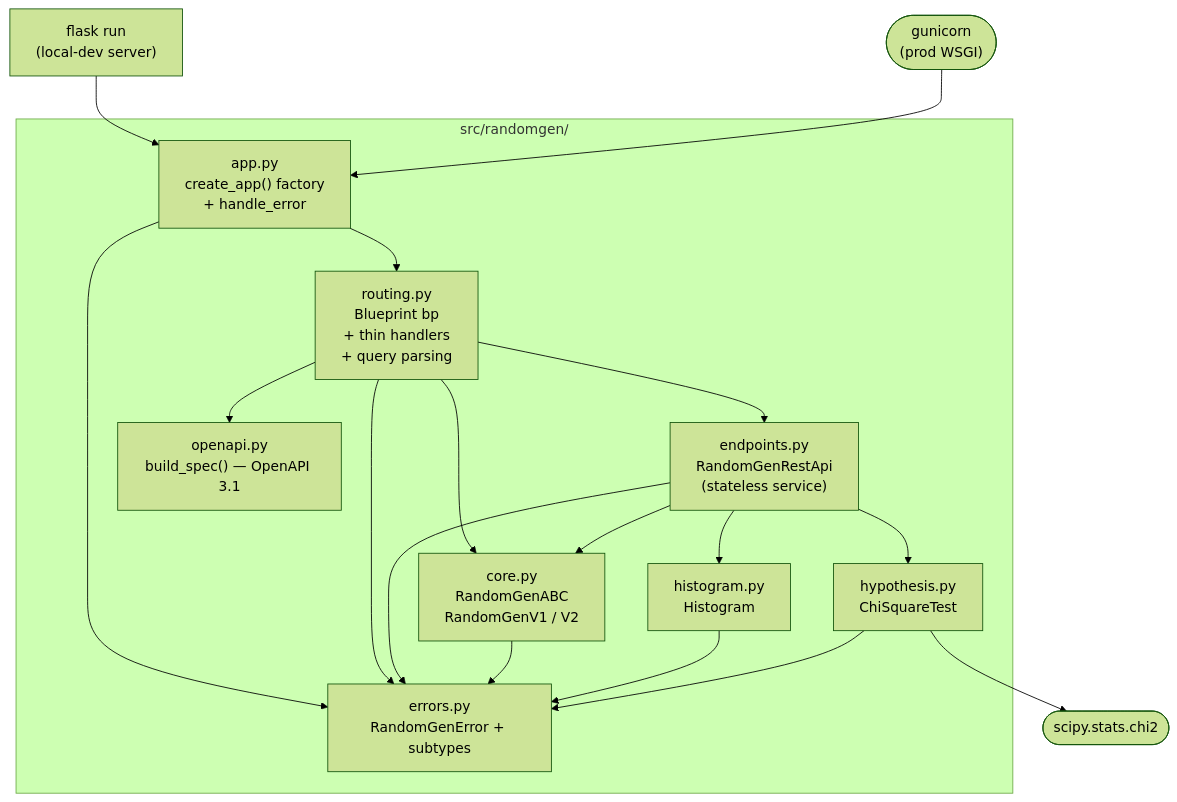
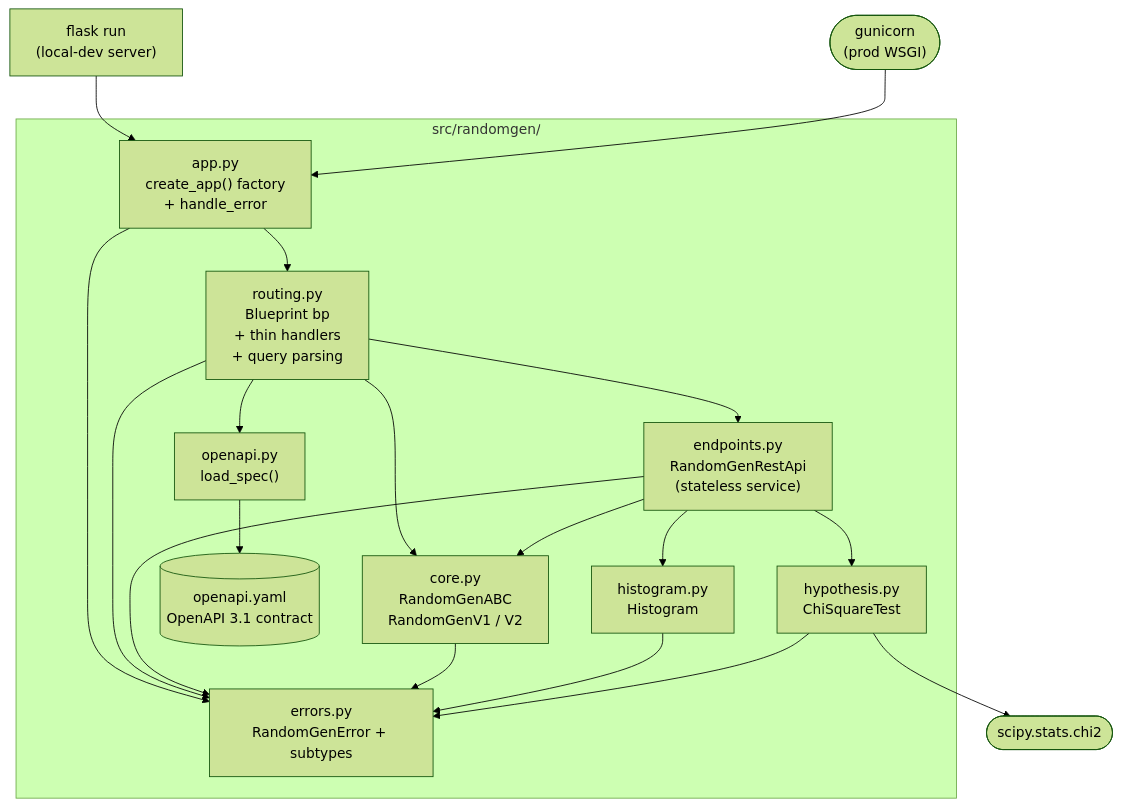
Before and after one commit to braboj/demo-randomgen: the diagram in docs/arc42/05-building-block-view.md, drawn with Mermaid (forest theme). The commit also changed other lines of this file and 2 other files, not shown here.

````diff
--- a/docs/arc42/05-building-block-view.md
+++ b/docs/arc42/05-building-block-view.md
@@ -8,35 +8,37 @@
 ```mermaid
 flowchart TD
     flaskcli["flask run<br/>(local-dev server)"]
     gunicorn(["gunicorn<br/>(prod WSGI)"])
 
     subgraph pkg["src/randomgen/"]
         app["app.py<br/>create_app() factory<br/>+ handle_error"]
         routing["routing.py<br/>Blueprint bp<br/>+ thin handlers<br/>+ query parsing"]
         endpoints["endpoints.py<br/>RandomGenRestApi<br/>(stateless service)"]
         core["core.py<br/>RandomGenABC<br/>RandomGenV1 / V2"]
         histogram["histogram.py<br/>Histogram"]
         hypothesis["hypothesis.py<br/>ChiSquareTest"]
-        openapi["openapi.py<br/>build_spec() — OpenAPI 3.1"]
+        openapi["openapi.py<br/>load_spec()"]
+        spec[("openapi.yaml<br/>OpenAPI 3.1 contract")]
         errors["errors.py<br/>RandomGenError + subtypes"]
     end
 
     scipy(["scipy.stats.chi2"])
 
     flaskcli --> app
     gunicorn --> app
     app --> routing
     app --> errors
     routing --> endpoints
     routing --> core
     routing --> errors
     routing --> openapi
+    openapi --> spec
     endpoints --> core
     endpoints --> histogram
     endpoints --> hypothesis
     endpoints --> errors
     core --> errors
     histogram --> errors
     hypothesis --> errors
     hypothesis --> scipy
 ```
````
